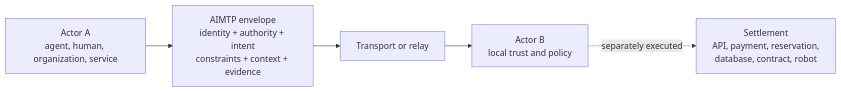
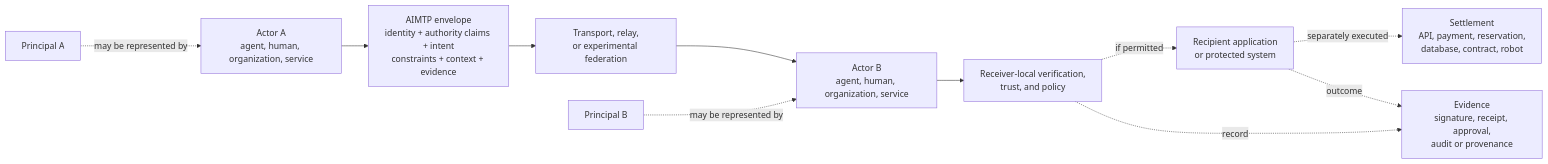
Before and after one commit to 2600i/AIMTP: the first of 3 diagrams in docs/architecture.md, drawn with Mermaid. The commit also changed other lines of this file and 3 other files, not shown here.

Commit message:
docs: clarify AIMTP architecture boundaries

````diff
--- a/docs/architecture.md
+++ b/docs/architecture.md
@@ -20,11 +20,20 @@
 ```mermaid
 flowchart LR
+  PA[Principal A] -. may be represented by .-> A
   A[Actor A<br/>agent, human, organization, service]
-  E[AIMTP envelope<br/>identity + authority + intent<br/>constraints + context + evidence]
-  T[Transport or relay]
-  B[Actor B<br/>local trust and policy]
+  E[AIMTP envelope<br/>identity + authority claims + intent<br/>constraints + context + evidence]
+  T[Transport, relay,<br/>or experimental federation]
+  B[Actor B<br/>agent, human, organization, service]
+  PB[Principal B] -. may be represented by .-> B
+  V[Receiver-local verification,<br/>trust, and policy]
+  PS[Recipient application<br/>or protected system]
   S[Settlement<br/>API, payment, reservation,<br/>database, contract, robot]
+  EV[Evidence<br/>signature, receipt, approval,<br/>audit or provenance]
 
   A --> E --> T --> B
-  B -. separately executed .-> S
+  B --> V
+  V -. if permitted .-> PS
+  PS -. separately executed .-> S
+  V -. record .-> EV
+  PS -. outcome .-> EV
 ```
````
